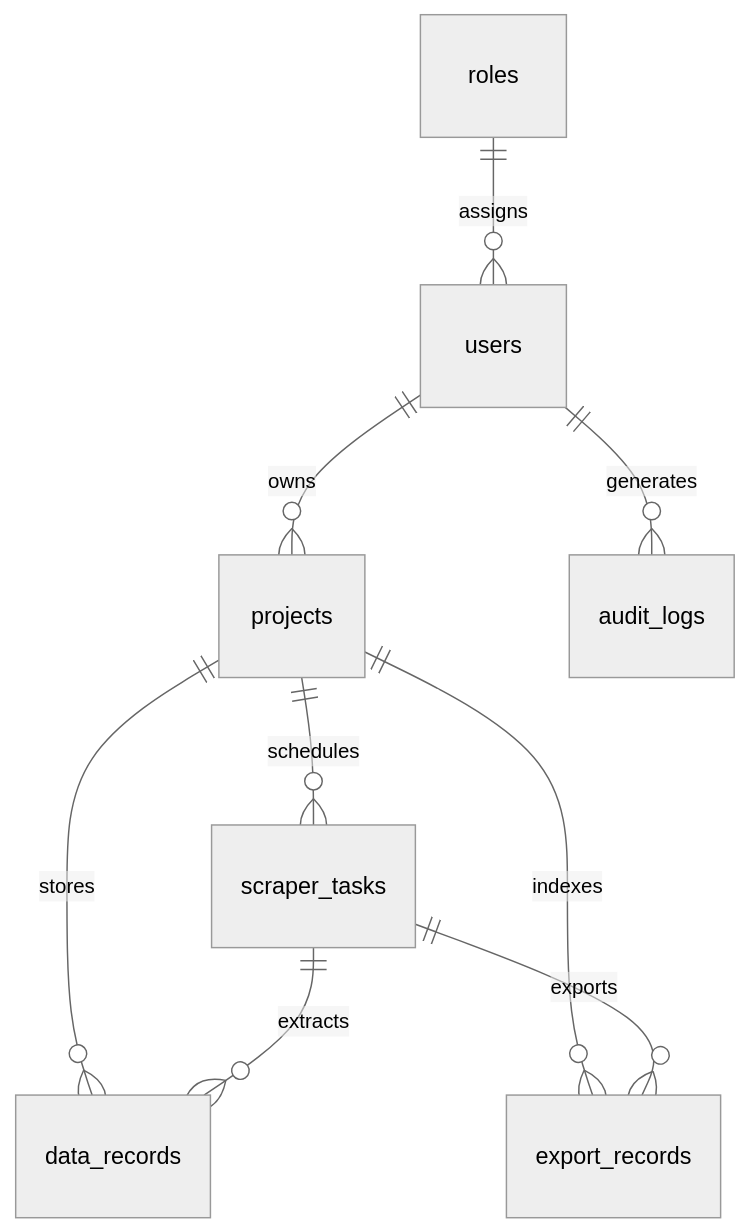
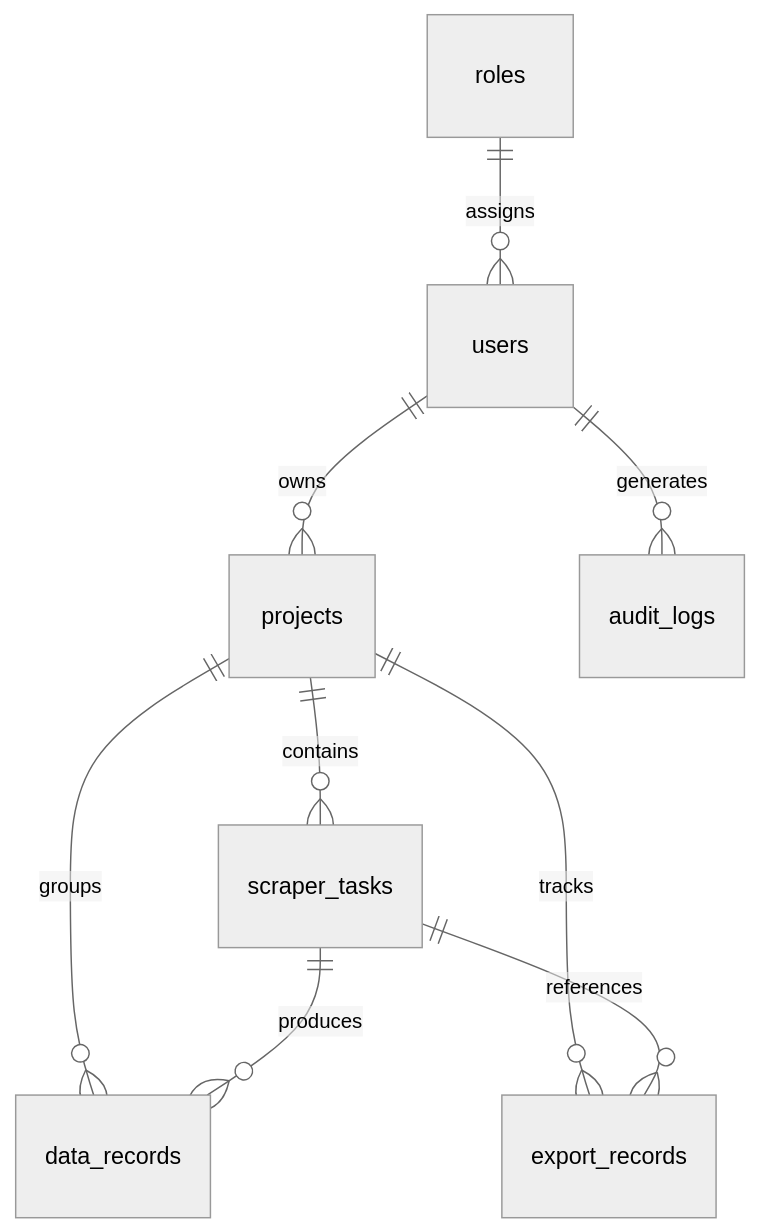
Before and after one commit to krushillukhi1911-cmyk/synent-task8-webscrapepro-krushillukhi: the diagram in README.md, drawn with Mermaid (neutral theme). The commit also changed other lines of this file, not shown here.

````diff
--- a/README.md
+++ b/README.md
@@ -63,11 +82,11 @@
 ```mermaid
 erDiagram
-    users ||--o{ projects : owns
-    users ||--o{ audit_logs : generates
-    roles ||--o{ users : assigns
-    projects ||--o{ scraper_tasks : schedules
-    projects ||--o{ data_records : stores
-    projects ||--o{ export_records : indexes
-    scraper_tasks ||--o{ data_records : extracts
-    scraper_tasks ||--o{ export_records : exports
+    roles ||--o{ users : "assigns"
+    users ||--o{ projects : "owns"
+    users ||--o{ audit_logs : "generates"
+    projects ||--o{ scraper_tasks : "contains"
+    projects ||--o{ data_records : "groups"
+    projects ||--o{ export_records : "tracks"
+    scraper_tasks ||--o{ data_records : "produces"
+    scraper_tasks ||--o{ export_records : "references"
 ```
````
